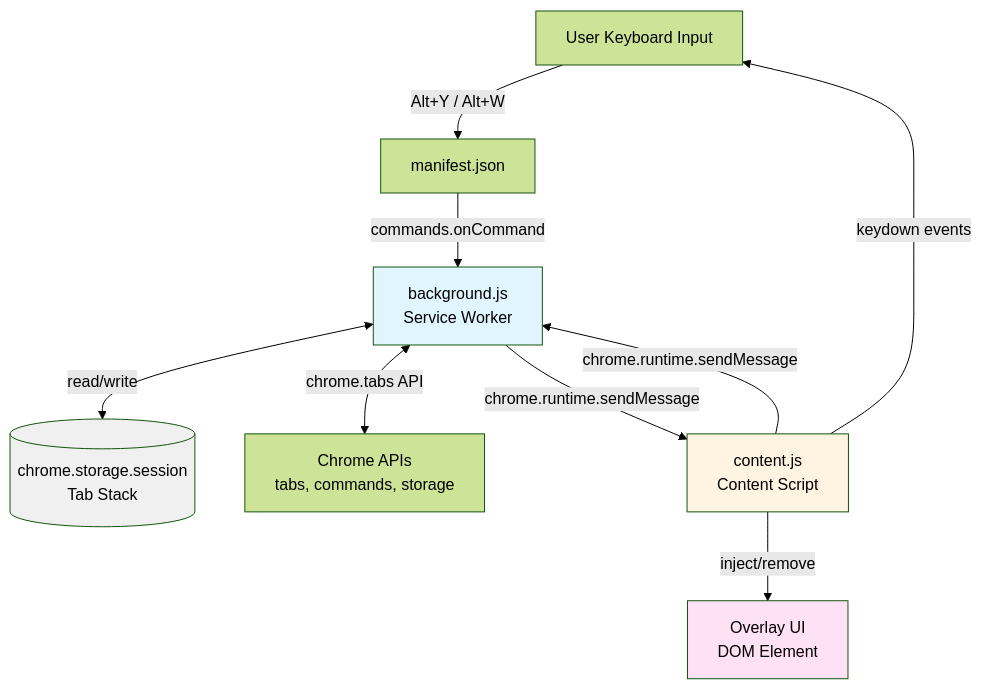
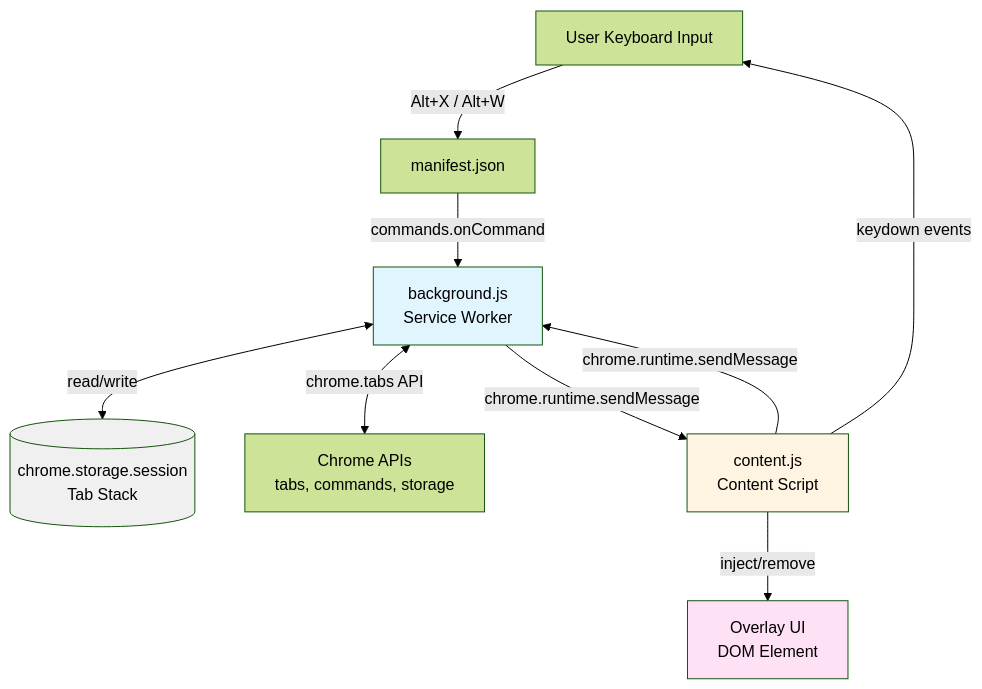
Before and after one commit to ashmit1795/chrome-tab-switcher: the first of 3 diagrams in specs/design.md, drawn with Mermaid (forest theme). The commit also changed other lines of this file and 2 other files, not shown here.

````diff
--- a/specs/design.md
+++ b/specs/design.md
@@ -25,23 +25,23 @@
 ```mermaid
 graph TB
     User[User Keyboard Input]
     Manifest[manifest.json]
     Background[background.js<br/>Service Worker]
     Content[content.js<br/>Content Script]
     Storage[(chrome.storage.session<br/>Tab Stack)]
     ChromeAPI[Chrome APIs<br/>tabs, commands, storage]
     
-    User -->|Alt+Y / Alt+W| Manifest
+    User -->|Alt+X / Alt+W| Manifest
     Manifest -->|commands.onCommand| Background
     Background <-->|read/write| Storage
     Background <-->|chrome.tabs API| ChromeAPI
     Background -->|chrome.runtime.sendMessage| Content
     Content -->|chrome.runtime.sendMessage| Background
     Content -->|inject/remove| Overlay[Overlay UI<br/>DOM Element]
     Content -->|keydown events| User
     
     style Background fill:#e1f5ff
     style Content fill:#fff4e1
     style Storage fill:#f0f0f0
     style Overlay fill:#ffe1f5
 ```
````
